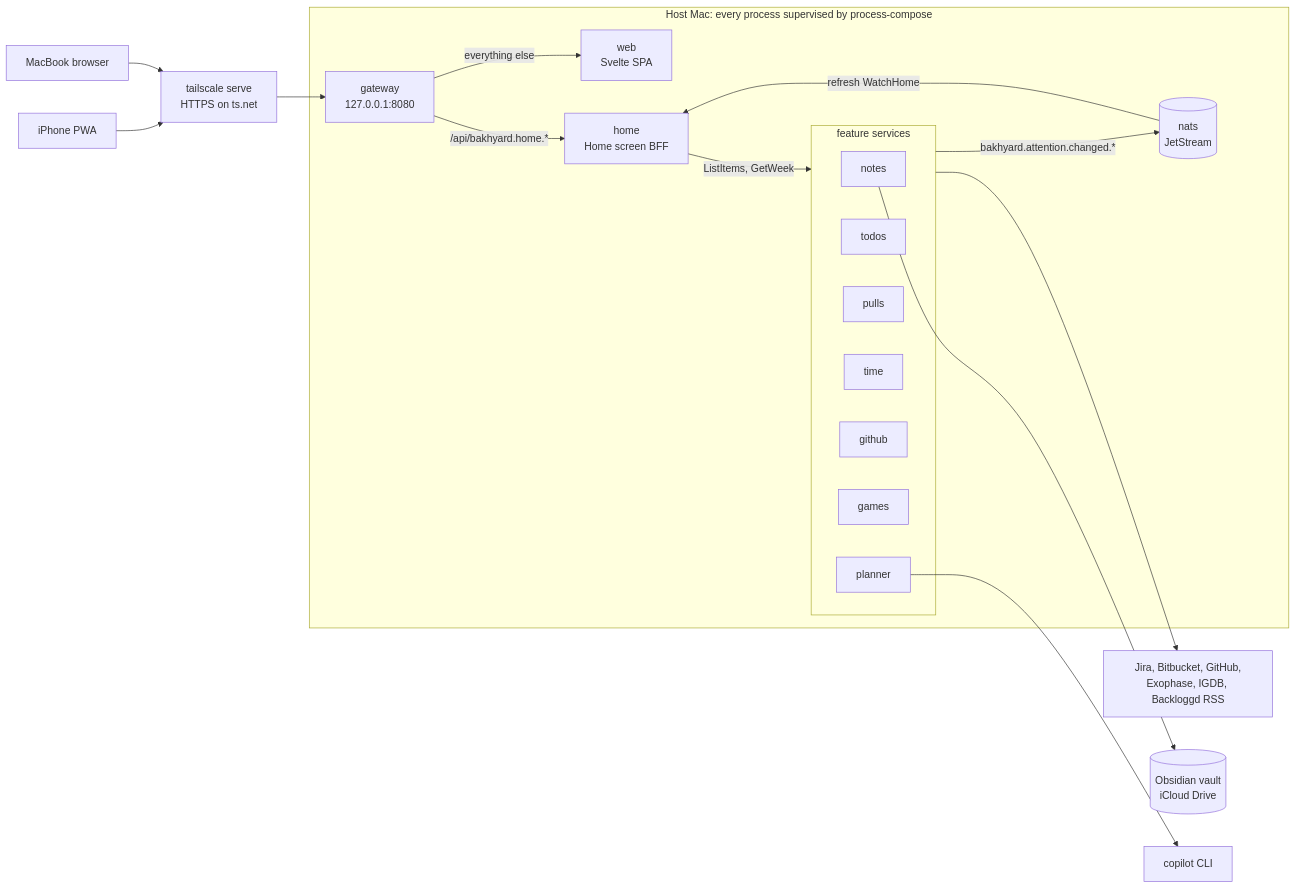
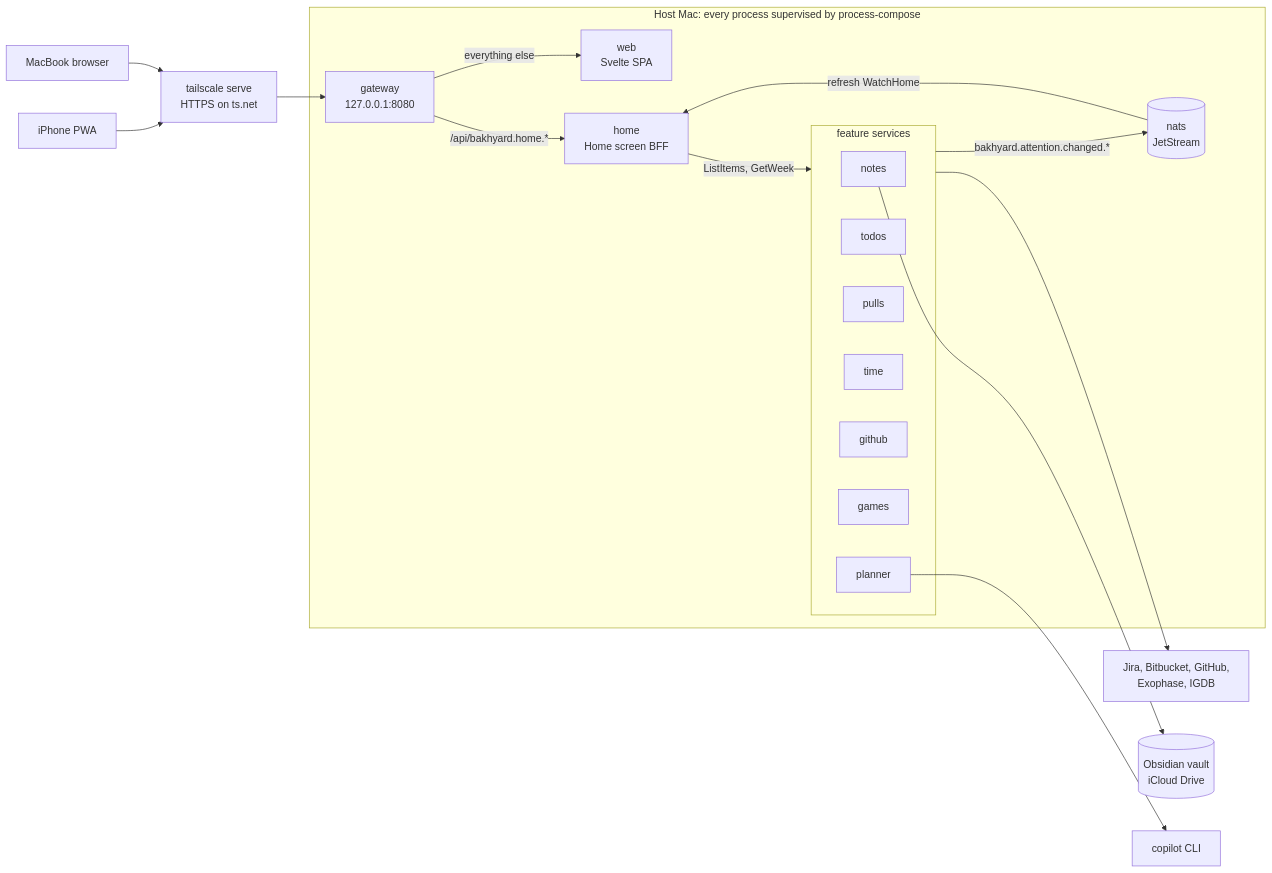
Before and after one commit to codedogapp/bakhyard: the diagram in docs/plan.md, drawn with Mermaid. The commit also changed other lines of this file, not shown here.

````diff
--- a/docs/plan.md
+++ b/docs/plan.md
@@ -213,38 +217,38 @@
 ```mermaid
 flowchart LR
     phone["iPhone PWA"]
     mac["MacBook browser"]
     serve["tailscale serve<br/>HTTPS on ts.net"]
 
     subgraph host["Host Mac: every process supervised by process-compose"]
         gateway["gateway<br/>127.0.0.1:8080"]
         web["web<br/>Svelte SPA"]
         home["home<br/>Home screen BFF"]
         nats[("nats<br/>JetStream")]
         subgraph features["feature services"]
             notes["notes"]
             todos["todos"]
             pulls["pulls"]
             timesvc["time"]
             github["github"]
             games["games"]
             planner["planner"]
         end
     end
 
-    apis["Jira, Bitbucket, GitHub,<br/>Exophase, IGDB, Backloggd RSS"]
+    apis["Jira, Bitbucket, GitHub,<br/>Exophase, IGDB"]
     vault[("Obsidian vault<br/>iCloud Drive")]
     copilot["copilot CLI"]
 
     phone --> serve
     mac --> serve
     serve --> gateway
     gateway -->|"/api/bakhyard.home.*"| home
     gateway -->|"everything else"| web
     home -->|"ListItems, GetWeek"| features
     features -->|"bakhyard.attention.changed.*"| nats
     nats -->|"refresh WatchHome"| home
     features --> apis
     notes --> vault
     planner --> copilot
 ```
````
